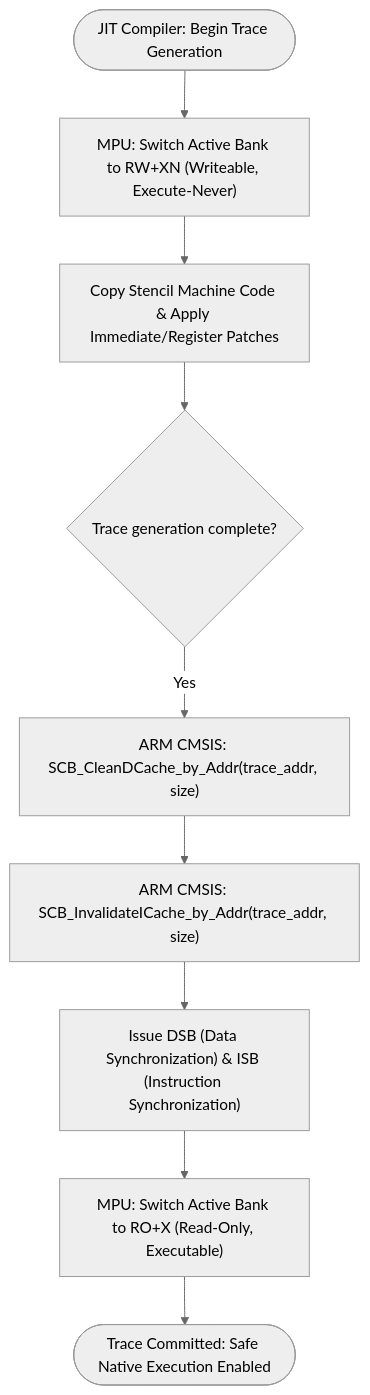
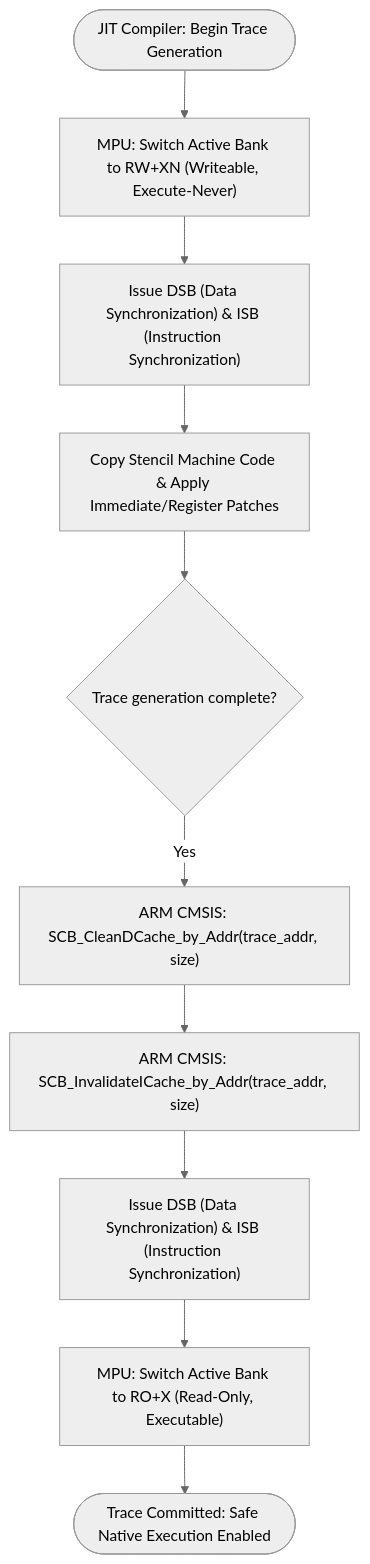
One commit to kmt-t/fireball changed the second of 2 diagrams in docs/components/tier3_platform/platform_memory.md. Above: the diagram before and after it, drawn with Mermaid (neutral theme). The commit also changed other lines of this file and 18 other files, not shown here.

Commit message:
docs: harmonize component diagrams, state transitions, and symlinks across specifications

````diff
--- a/docs/components/tier3_platform/platform_memory.md
+++ b/docs/components/tier3_platform/platform_memory.md
@@ -219,12 +229,13 @@
 ```mermaid
 flowchart TD
     Start(["JIT Compiler: Begin Trace Generation"]) --> MPU_RW["MPU: Switch Active Bank to RW+XN (Writeable, Execute-Never)"]
-    MPU_RW --> CopyPatch["Copy Stencil Machine Code & Apply Immediate/Register Patches"]
+    MPU_RW --> BarrierRW["Issue DSB (Data Synchronization) & ISB (Instruction Synchronization)"]
+    BarrierRW --> CopyPatch["Copy Stencil Machine Code & Apply Immediate/Register Patches"]
     CopyPatch --> Complete{"Trace generation complete?"}
 
     Complete -- "Yes" --> CleanD["ARM CMSIS: SCB_CleanDCache_by_Addr(trace_addr, size)"]
     CleanD --> InvalI["ARM CMSIS: SCB_InvalidateICache_by_Addr(trace_addr, size)"]
     InvalI --> Barrier["Issue DSB (Data Synchronization) & ISB (Instruction Synchronization)"]
     Barrier --> MPU_RO["MPU: Switch Active Bank to RO+X (Read-Only, Executable)"]
     MPU_RO --> CommitTrace(["Trace Committed: Safe Native Execution Enabled"])
 ```
````
